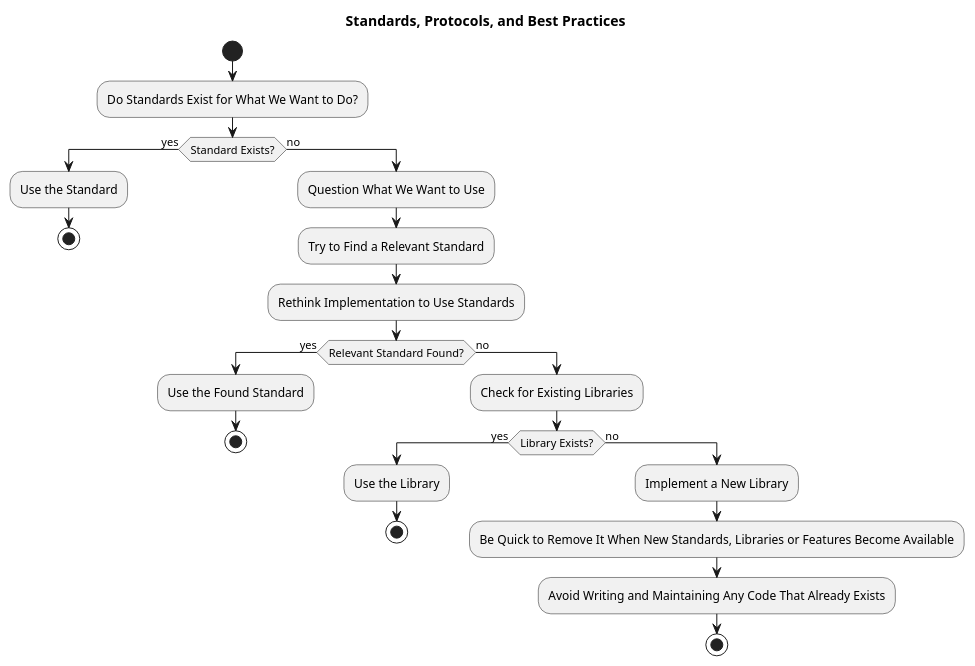
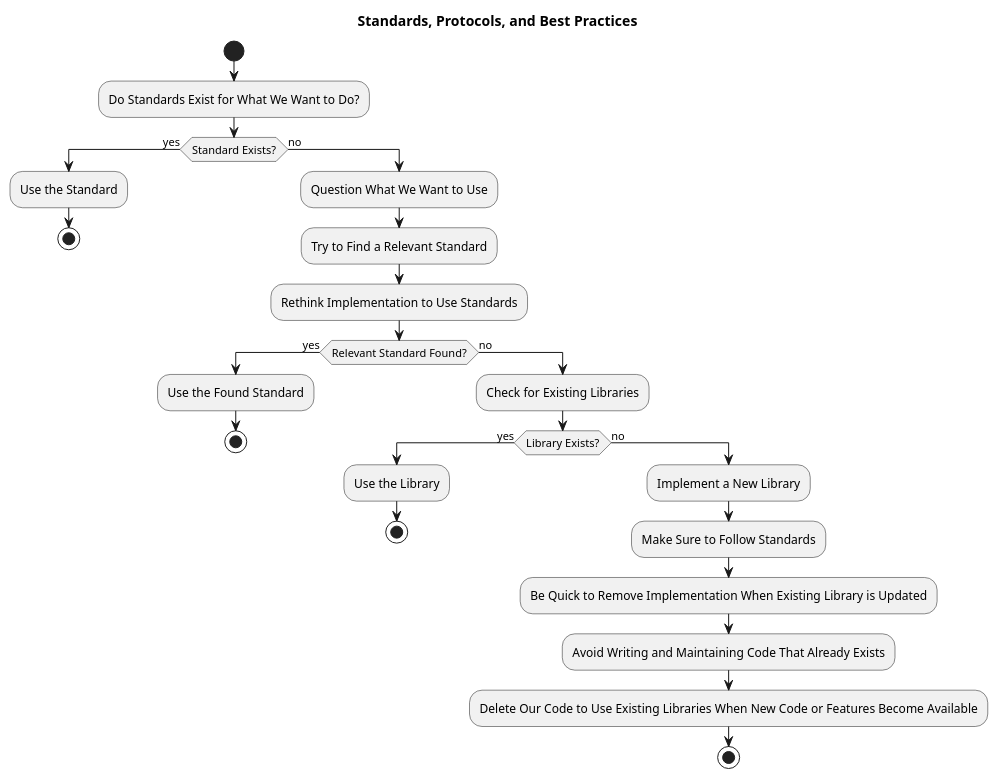
One commit to samnurmi/standards changed the diagram in README.md. Above: the diagram before and after it, drawn with PlantUML. The commit also changed other lines of this file, not shown here.

````diff
--- a/README.md
+++ b/README.md
@@ -27,37 +27,39 @@
 ```plantuml
 @startuml
 title Standards, Protocols, and Best Practices
 
 start
 
 :Do Standards Exist for What We Want to Do?;
 
 if (Standard Exists?) then (yes)
     :Use the Standard;
     stop
 else (no)
     :Question What We Want to Use;
     :Try to Find a Relevant Standard;
     :Rethink Implementation to Use Standards;
 
     if (Relevant Standard Found?) then (yes)
         :Use the Found Standard;
         stop
     else (no)
         :Check for Existing Libraries;
 
         if (Library Exists?) then (yes)
             :Use the Library;
             stop
         else (no)
             :Implement a New Library;
-            :Be Quick to Remove It When New Standards, Libraries or Features Become Available;
+            :Make Sure to Follow Standards;
+            :Be Quick to Remove Implementation When Existing Library is Updated;
 
-            :Avoid Writing and Maintaining Any Code That Already Exists;
+            :Avoid Writing and Maintaining Code That Already Exists;
+            :Delete Our Code to Use Existing Libraries When New Code or Features Become Available;
             stop
         endif
     endif
 endif
 
 @enduml
 ```
````
